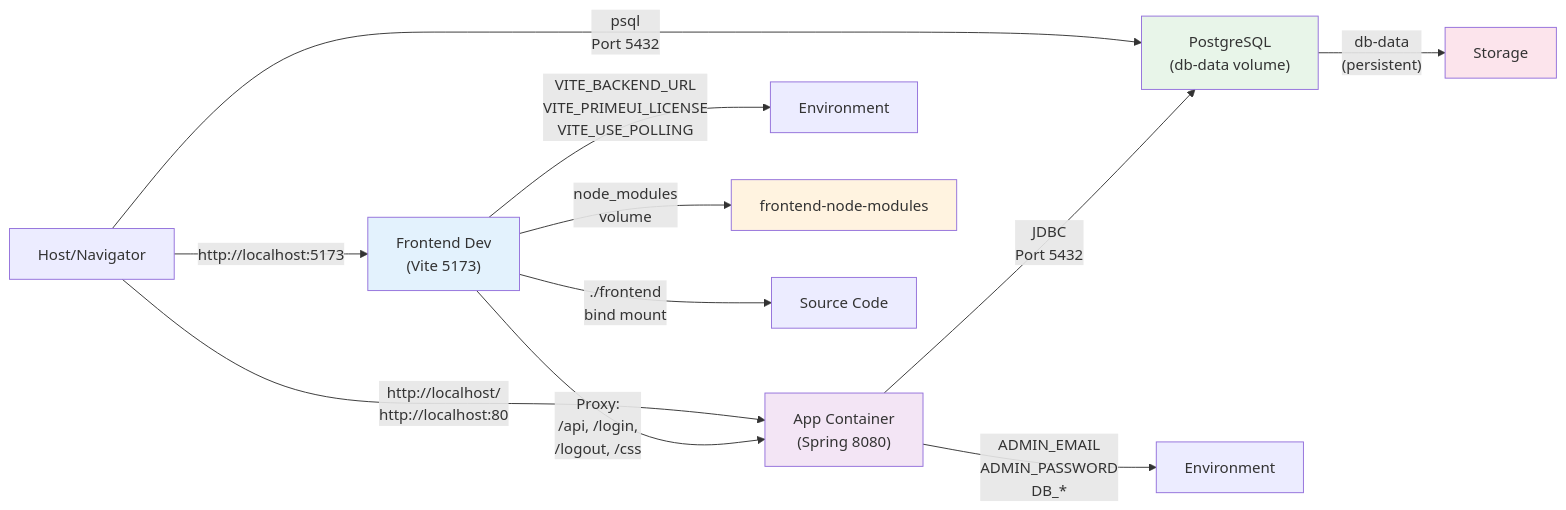
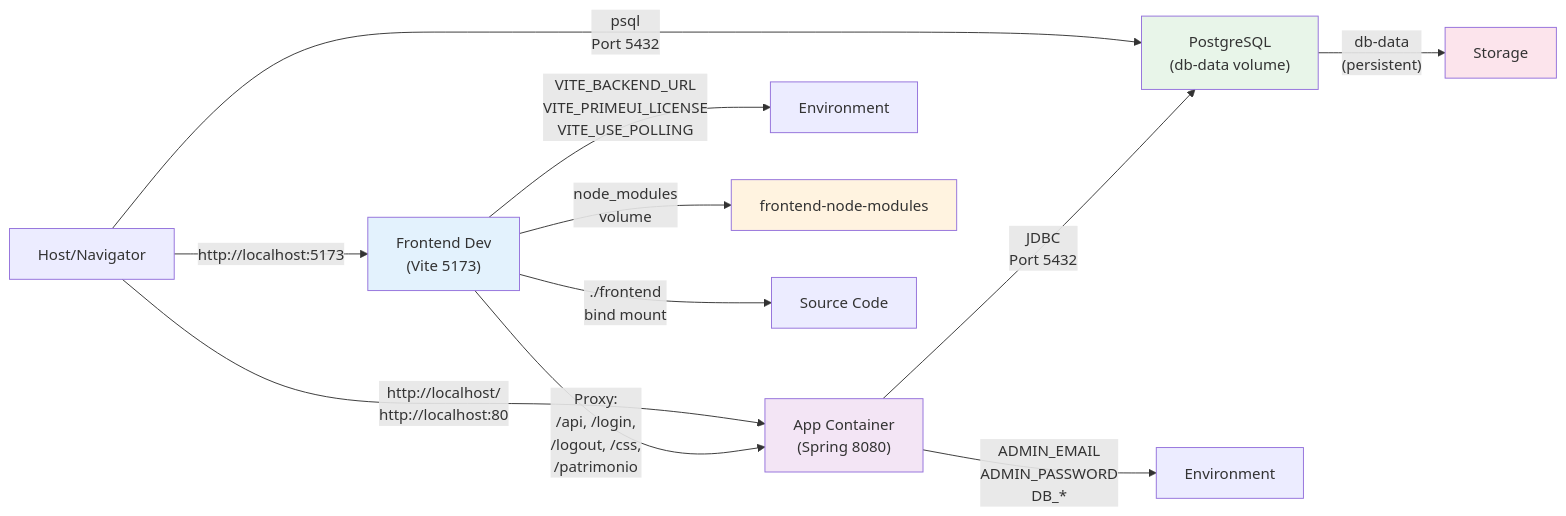
Before and after one commit to adielsantosaraujo/login_base: the diagram in docs/operacao/referencia/servicos-docker-compose.md, drawn with Mermaid. The commit also changed other lines of this file and 78 other files, not shown here.

````diff
--- a/docs/operacao/referencia/servicos-docker-compose.md
+++ b/docs/operacao/referencia/servicos-docker-compose.md
@@ -38,24 +38,24 @@
 ```mermaid
 flowchart LR
     Host["Host/Navigator"]
     
     Host -->|"http://localhost:5173"| FrontendDev["Frontend Dev\n(Vite 5173)"]
     Host -->|"http://localhost/\nhttp://localhost:80"| AppContainer["App Container\n(Spring 8080)"]
     Host -->|"psql\nPort 5432"| DB["PostgreSQL\n(db-data volume)"]
     
-    FrontendDev -->|"Proxy:\n/api, /login,\n/logout, /css"| AppContainer
+    FrontendDev -->|"Proxy:\n/api, /login,\n/logout, /css,\n/patrimonio"| AppContainer
     FrontendDev -->|"VITE_BACKEND_URL\nVITE_PRIMEUI_LICENSE\nVITE_USE_POLLING"| FrontendConfig["Environment"]
     
     AppContainer -->|"JDBC\nPort 5432"| DB
     AppContainer -->|"ADMIN_EMAIL\nADMIN_PASSWORD\nDB_*"| AppConfig["Environment"]
     
     DB -->|"db-data\n(persistent)"| Storage["Storage"]
     FrontendDev -->|"node_modules\nvolume"| NodeModules["frontend-node-modules"]
     FrontendDev -->|"./frontend\nbind mount"| FrontendSrc["Source Code"]
     
     style FrontendDev fill:#e3f2fd
     style AppContainer fill:#f3e5f5
     style DB fill:#e8f5e9
     style NodeModules fill:#fff3e0
     style Storage fill:#fce4ec
 ```
````
